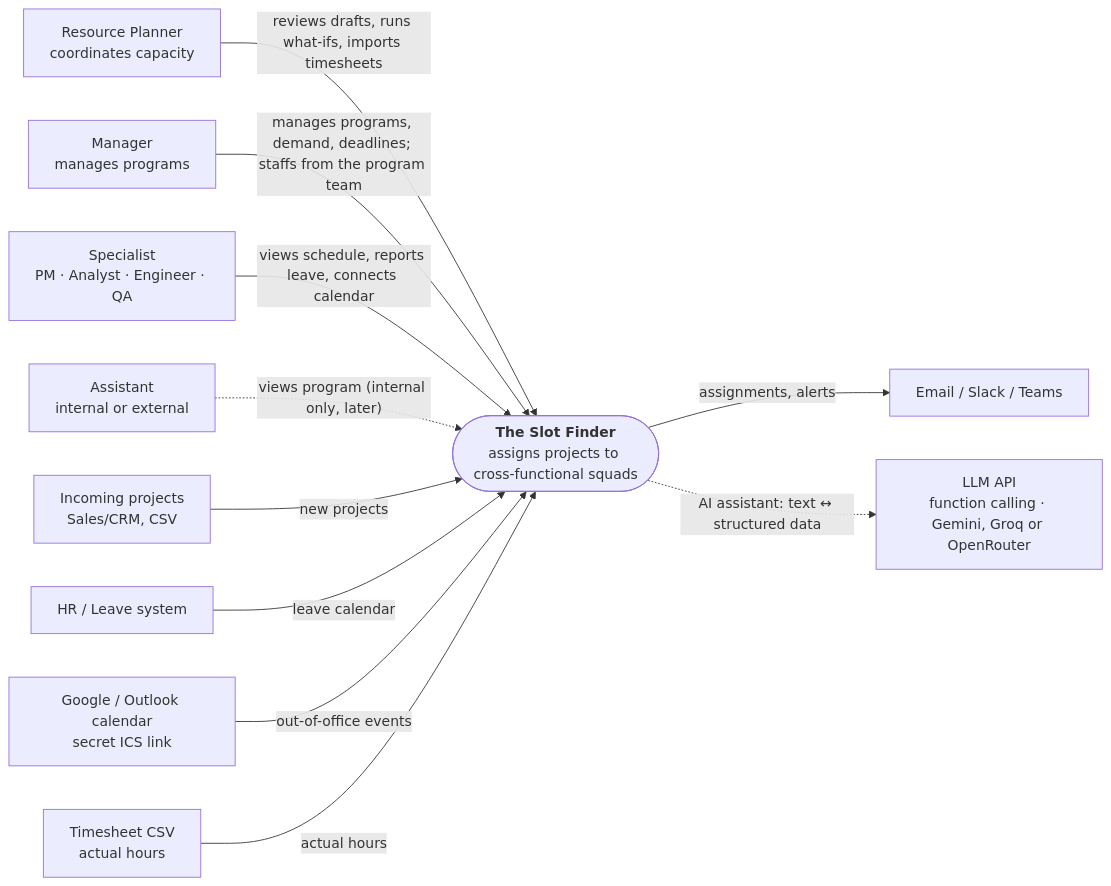
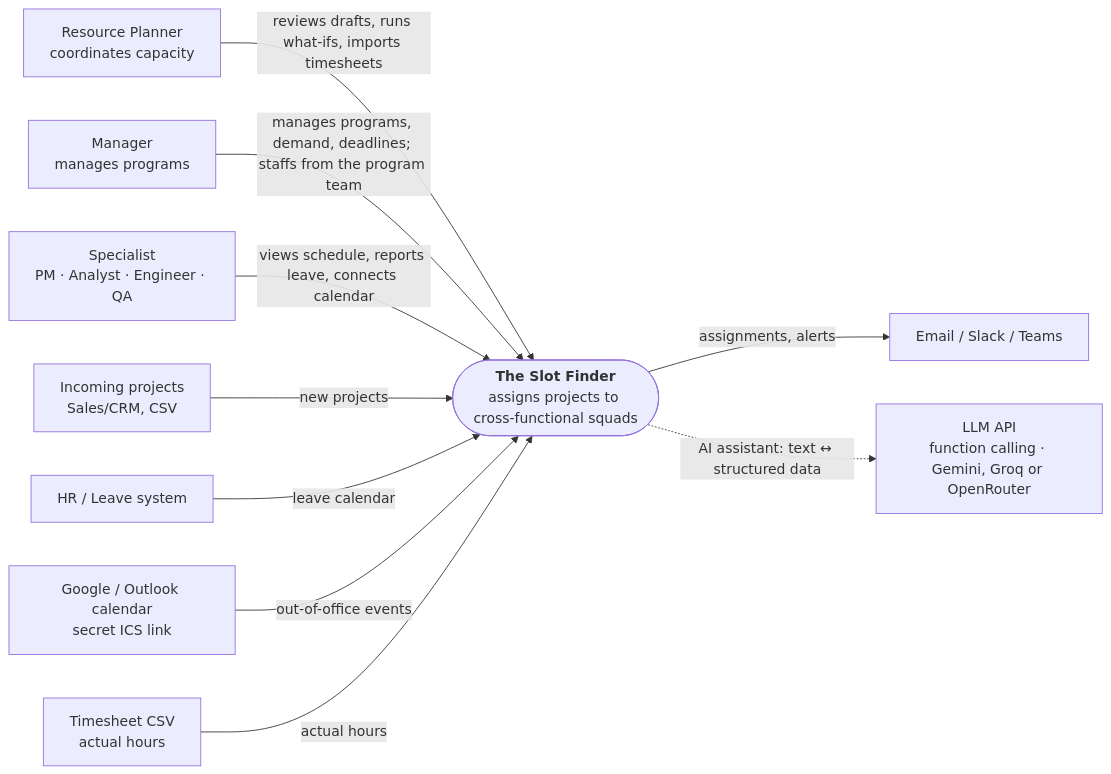
The first of 14 diagrams in README.md (dophnamm/the-slot-finder), drawn with Mermaid before and after one commit. The commit also changed other lines of this file and 13 other files, not shown here.

````diff
--- a/README.md
+++ b/README.md
@@ -64,25 +50,23 @@
 ```mermaid
 flowchart LR
   planner["Resource Planner<br/>coordinates capacity"]
   lead["Manager<br/>manages programs"]
   spec["Specialist<br/>PM · Analyst · Engineer · QA"]
-  assistant["Assistant<br/>internal or external"]
   sf(["<b>The Slot Finder</b><br/>assigns projects to cross-functional squads"])
   intake["Incoming projects<br/>Sales/CRM, CSV"]
   hr["HR / Leave system"]
   cal["Google / Outlook calendar<br/>secret ICS link"]
   timesheet["Timesheet CSV<br/>actual hours"]
   notify["Email / Slack / Teams"]
   llm["LLM API<br/>function calling · Gemini, Groq or OpenRouter"]
 
   planner -->|"reviews drafts, runs what-ifs, imports timesheets"| sf
   lead -->|"manages programs, demand, deadlines; staffs from the program team"| sf
   spec -->|"views schedule, reports leave, connects calendar"| sf
-  assistant -.->|"views program (internal only, later)"| sf
   intake -->|"new projects"| sf
   hr -->|"leave calendar"| sf
   cal -->|"out-of-office events"| sf
   timesheet -->|"actual hours"| sf
   sf -->|"assignments, alerts"| notify
   sf -.->|"AI assistant: text ↔ structured data"| llm
 ```
````
